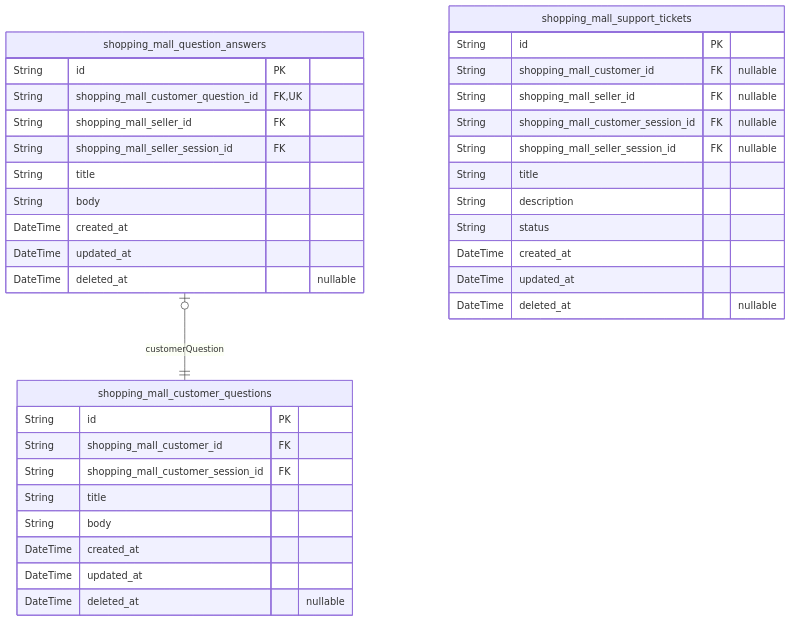
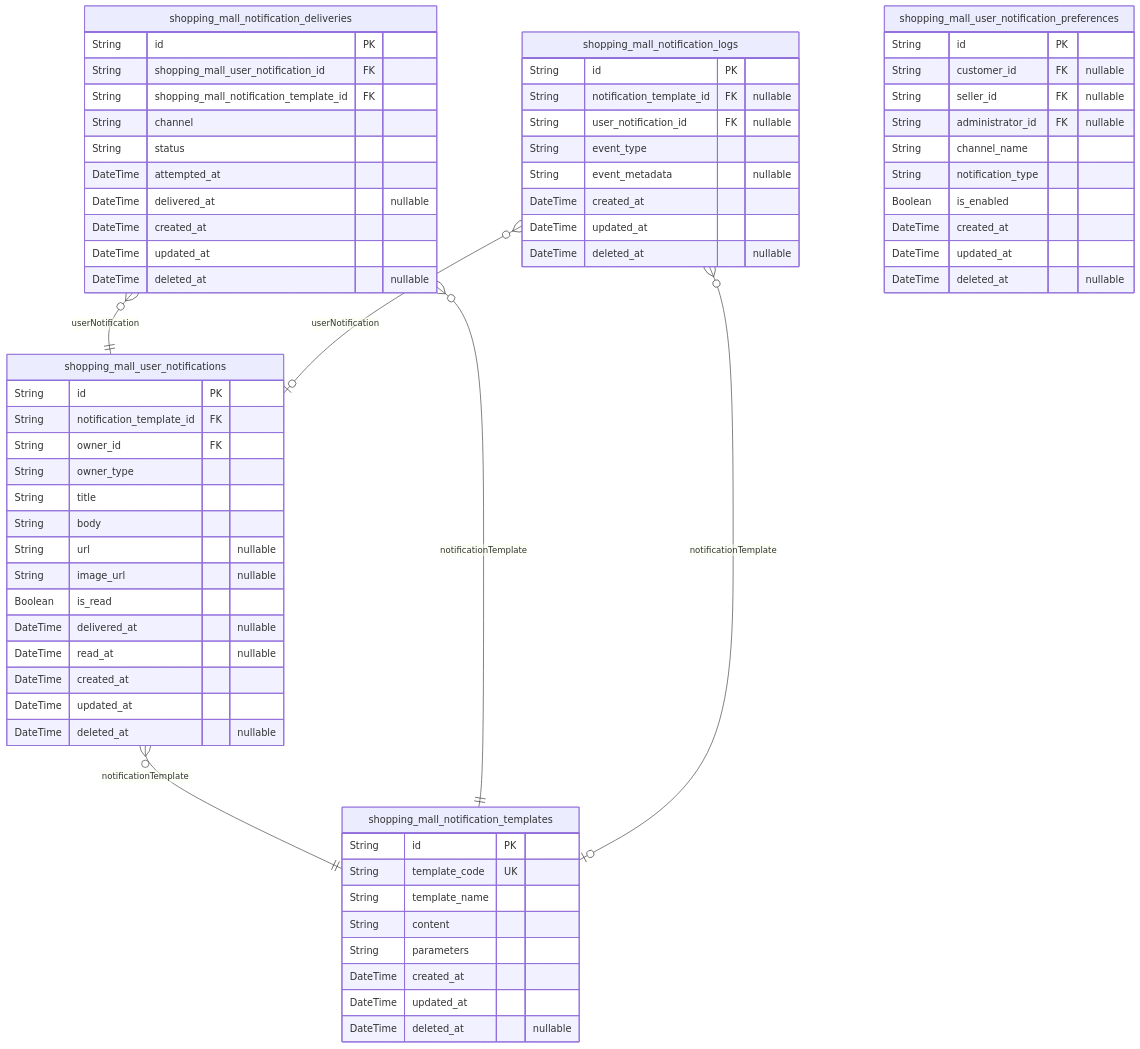
Before and after one commit to wrtnlabs/autobe-examples: the ninth of 10 diagrams in openai/gpt-4.1-mini/shopping/docs/ERD.md, drawn with Mermaid. The commit also changed other lines of this file and 23872 other files, not shown here.

````diff
--- a/openai/gpt-4.1-mini/shopping/docs/ERD.md
+++ b/openai/gpt-4.1-mini/shopping/docs/ERD.md
@@ -1025,38 +1765,68 @@
 ```mermaid
 erDiagram
-"shopping_mall_customer_questions" {
+"shopping_mall_notification_templates" {
   String id PK
-  String shopping_mall_customer_id FK
-  String shopping_mall_customer_session_id FK
-  String title
-  String body
+  String template_code UK
+  String template_name
+  String content
+  String parameters
   DateTime created_at
   DateTime updated_at
   DateTime deleted_at "nullable"
 }
-"shopping_mall_question_answers" {
+"shopping_mall_user_notifications" {
   String id PK
-  String shopping_mall_customer_question_id FK,UK
-  String shopping_mall_seller_id FK
-  String shopping_mall_seller_session_id FK
+  String notification_template_id FK
+  String owner_id FK
+  String owner_type
   String title
   String body
+  String url "nullable"
+  String image_url "nullable"
+  Boolean is_read
+  DateTime delivered_at "nullable"
+  DateTime read_at "nullable"
   DateTime created_at
   DateTime updated_at
   DateTime deleted_at "nullable"
 }
-"shopping_mall_support_tickets" {
+"shopping_mall_notification_deliveries" {
   String id PK
-  String shopping_mall_customer_id FK "nullable"
-  String shopping_mall_seller_id FK "nullable"
-  String shopping_mall_customer_session_id FK "nullable"
-  String shopping_mall_seller_session_id FK "nullable"
-  String title
-  String description
+  String shopping_mall_user_notification_id FK
+  String shopping_mall_notification_template_id FK
+  String channel
   String status
+  DateTime attempted_at
+  DateTime delivered_at "nullable"
   DateTime created_at
   DateTime updated_at
   DateTime deleted_at "nullable"
 }
-"shopping_mall_question_answers" |o--|| "shopping_mall_customer_questions" : customerQuestion
+"shopping_mall_notification_logs" {
+  String id PK
+  String notification_template_id FK "nullable"
+  String user_notification_id FK "nullable"
+  String event_type
+  String event_metadata "nullable"
+  DateTime created_at
+  DateTime updated_at
+  DateTime deleted_at "nullable"
+}
+"shopping_mall_user_notification_preferences" {
+  String id PK
+  String customer_id FK "nullable"
+  String seller_id FK "nullable"
+  String administrator_id FK "nullable"
+  String channel_name
+  String notification_type
+  Boolean is_enabled
+  DateTime created_at
+  DateTime updated_at
+  DateTime deleted_at "nullable"
+}
+"shopping_mall_user_notifications" }o--|| "shopping_mall_notification_templates" : notificationTemplate
+"shopping_mall_notification_deliveries" }o--|| "shopping_mall_user_notifications" : userNotification
+"shopping_mall_notification_deliveries" }o--|| "shopping_mall_notification_templates" : notificationTemplate
+"shopping_mall_notification_logs" }o--o| "shopping_mall_notification_templates" : notificationTemplate
+"shopping_mall_notification_logs" }o--o| "shopping_mall_user_notifications" : userNotification
 ```
````
